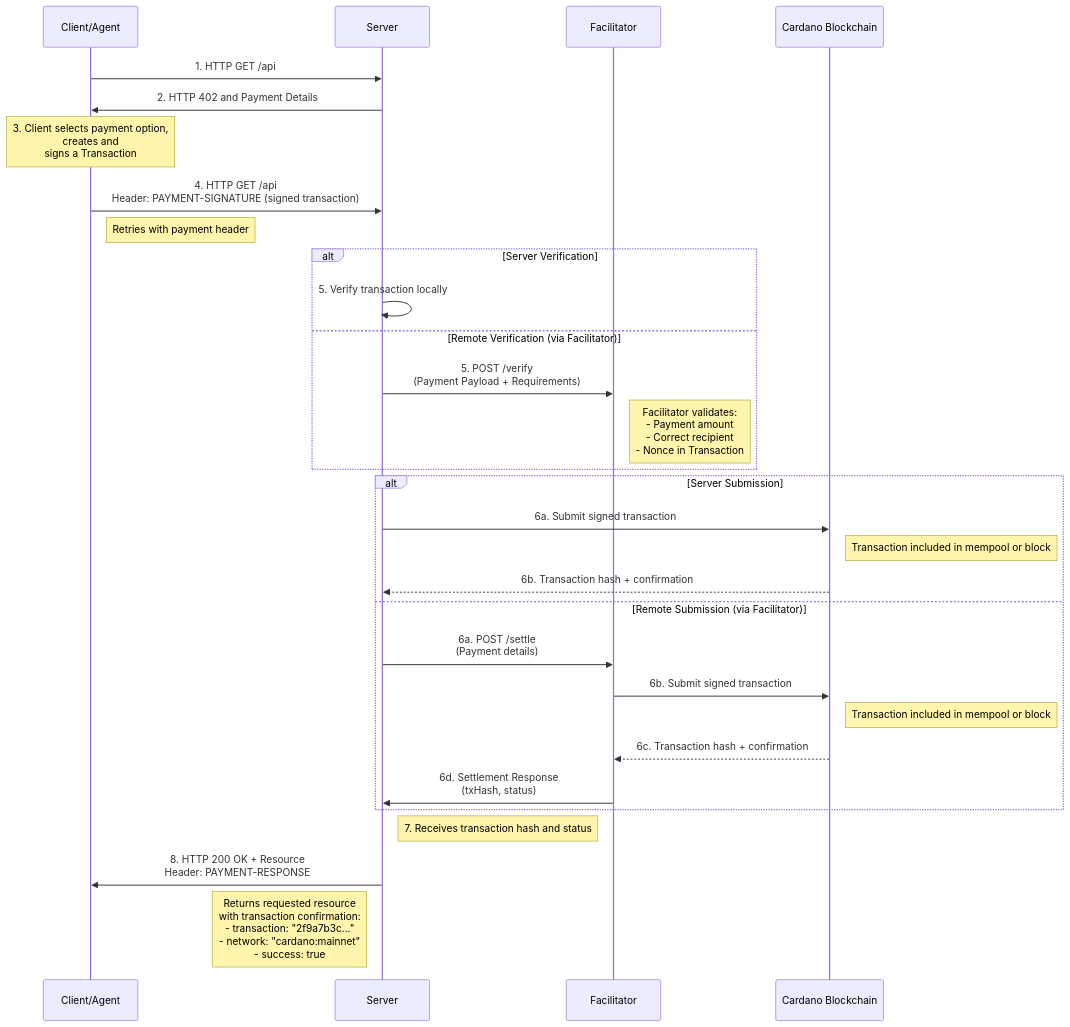
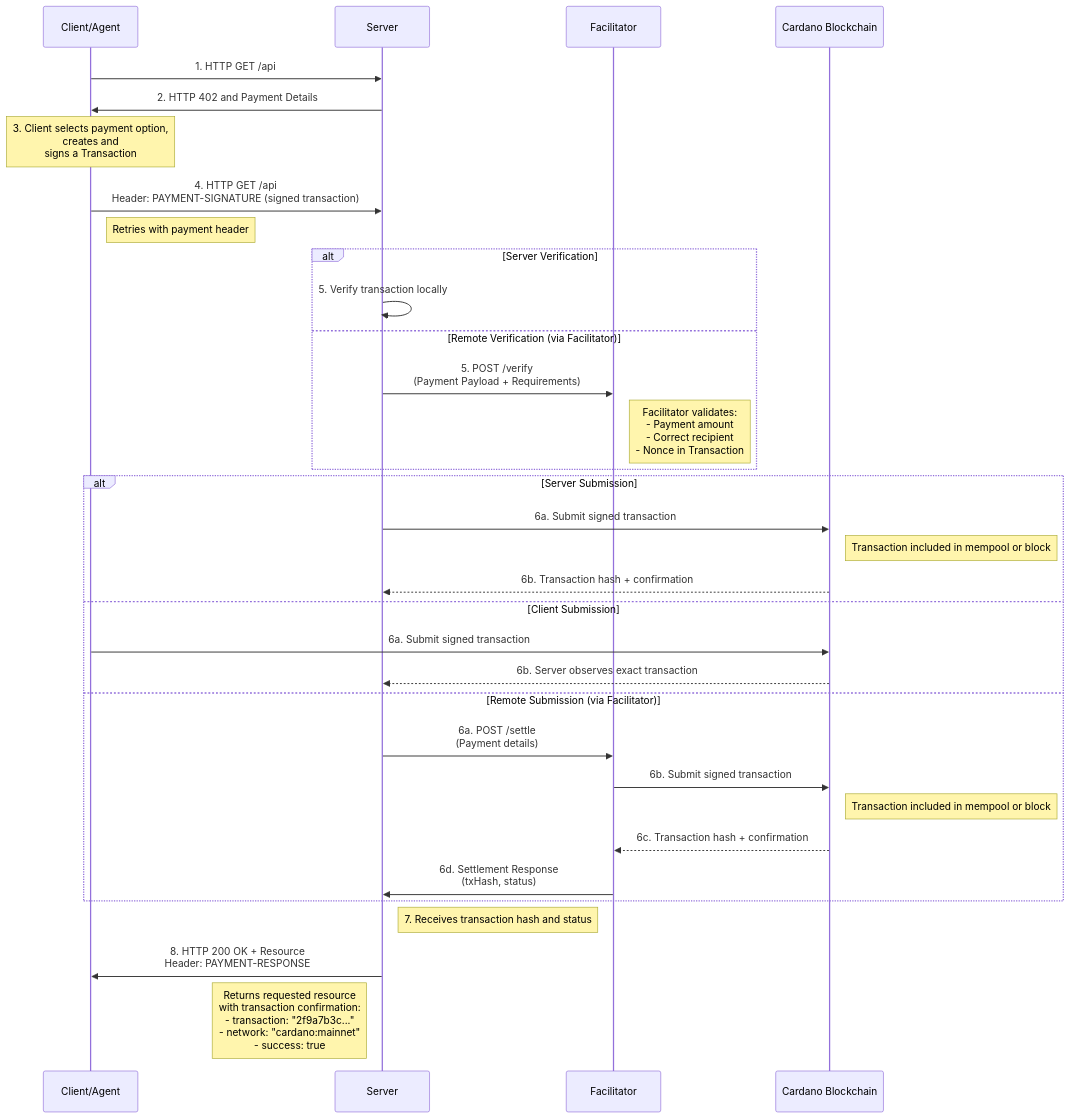
The first of 2 diagrams in specs/schemes/exact/scheme_exact_cardano.md (cardano-foundation/x402), drawn with Mermaid before and after one commit. The commit also changed other lines of this file, not shown here.

First line of the commit message:
docs(cardano): focus Masumi V2 payment flow

````diff
--- a/specs/schemes/exact/scheme_exact_cardano.md
+++ b/specs/schemes/exact/scheme_exact_cardano.md
@@ -31,47 +31,50 @@
 ```mermaid
 sequenceDiagram
     participant Client as Client/Agent
     participant Server as Server
     participant Facilitator as Facilitator
     participant Cardano as Cardano Blockchain
 
     %% Initial Request
     Client->>Server: 1. HTTP GET /api
 
     %% Payment Required Response
     Server->>Client: 2. HTTP 402 and Payment Details
 
     %% Client Prepares Payment
     Note over Client: 3. Client selects payment option,<br/>creates and <br/> signs a Transaction
 
     %% Request with Payment
     Client->>Server: 4. HTTP GET /api<br/>Header: PAYMENT-SIGNATURE (signed transaction)
     Note right of Client: Retries with payment header
 
     %% Server Verification
     alt Server Verification
         Server->>Server: 5. Verify transaction locally
     else Remote Verification (via Facilitator)
         Server->>Facilitator: 5. POST /verify<br/>(Payment Payload + Requirements)
         Note right of Facilitator: Facilitator validates:<br/>- Payment amount<br/>- Correct recipient<br/>- Nonce in Transaction
     end
 
     %% Server Verification
     alt Server Submission
         Server->>Cardano: 6a. Submit signed transaction
         Note right of Cardano: Transaction included in mempool or block
         Cardano-->>Server: 6b. Transaction hash + confirmation
+    else Client Submission
+        Client->>Cardano: 6a. Submit signed transaction
+        Cardano-->>Server: 6b. Server observes exact transaction
     else Remote Submission (via Facilitator)
       Server->>Facilitator: 6a. POST /settle<br/>(Payment details)
       Facilitator->>Cardano: 6b. Submit signed transaction
       Note right of Cardano: Transaction included in mempool or block
       Cardano-->>Facilitator: 6c. Transaction hash + confirmation
       Facilitator->>Server: 6d. Settlement Response<br/>(txHash, status)
     end
 
     Note right of Server: 7. Receives transaction hash and status
 
     %% Final Response
     Server->>Client: 8. HTTP 200 OK + Resource<br/>Header: PAYMENT-RESPONSE
     Note left of Server: Returns requested resource<br/>with transaction confirmation:<br/>- transaction: "2f9a7b3c..."<br/>- network: "cardano:mainnet"<br/>- success: true
 ```
````
